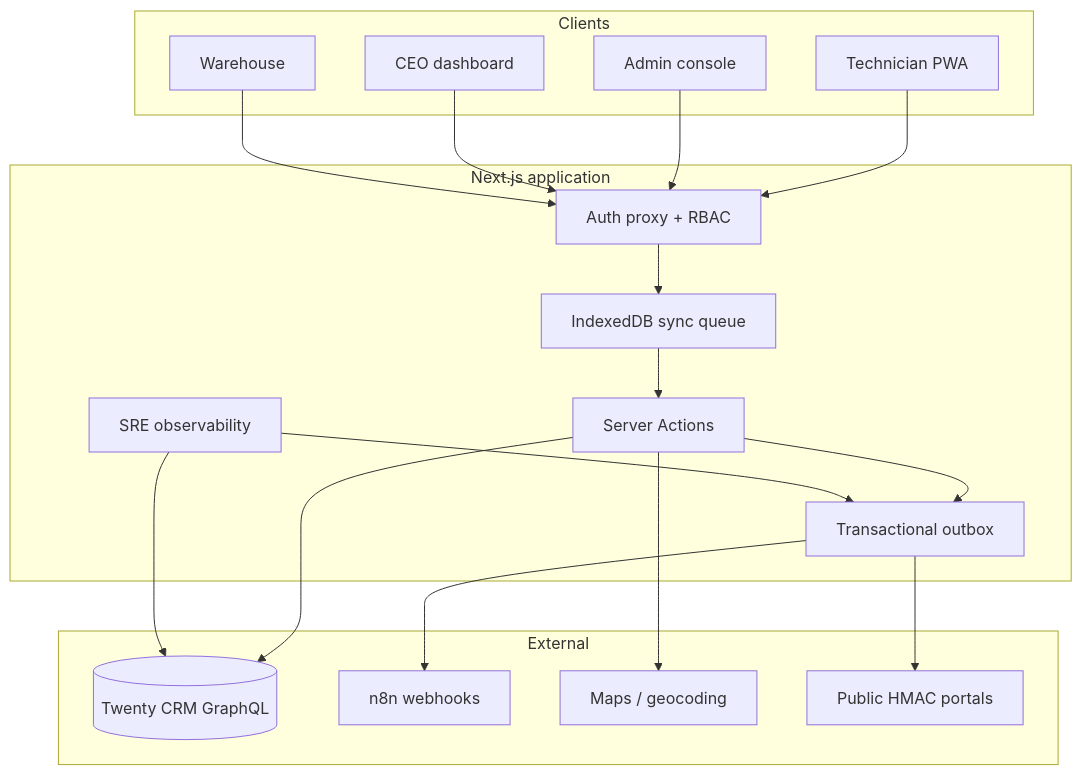
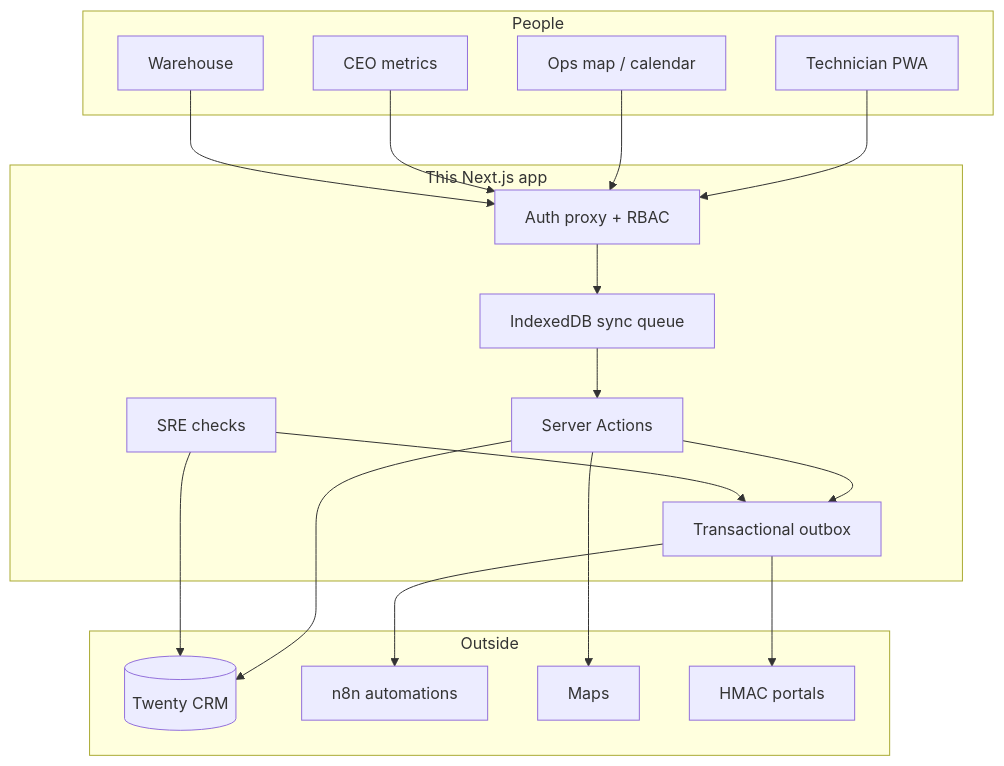
Before and after one commit to alyekseyenko/services-blinds: the diagram in README.md, drawn with Mermaid. The commit also changed other lines of this file, not shown here.

````diff
--- a/README.md
+++ b/README.md
@@ -97,36 +90,36 @@
 ```mermaid
 graph TB
-    subgraph Clients
+    subgraph People
         TECH[Technician PWA]
-        ADMIN[Admin console]
-        CEO[CEO dashboard]
+        ADMIN[Ops map / calendar]
+        CEO[CEO metrics]
         WH[Warehouse]
     end
 
-    subgraph NextApp["Next.js application"]
+    subgraph App["This Next.js app"]
         PROXY[Auth proxy + RBAC]
         ACTIONS[Server Actions]
         IDB[IndexedDB sync queue]
         OUTBOX[Transactional outbox]
-        OBS[SRE observability]
+        OBS[SRE checks]
     end
 
-    subgraph External
-        CRM[(Twenty CRM GraphQL)]
-        N8N[n8n webhooks]
-        MAPS[Maps / geocoding]
-        PORTALS[Public HMAC portals]
+    subgraph Outside
+        CRM[(Twenty CRM)]
+        N8N[n8n automations]
+        MAPS[Maps]
+        PORTALS[HMAC portals]
     end
 
     TECH --> PROXY
     ADMIN --> PROXY
     CEO --> PROXY
     WH --> PROXY
     PROXY --> IDB --> ACTIONS
     ACTIONS --> CRM
     ACTIONS --> OUTBOX --> N8N
     OUTBOX --> PORTALS
     ACTIONS --> MAPS
     OBS --> CRM
     OBS --> OUTBOX
 ```
````
